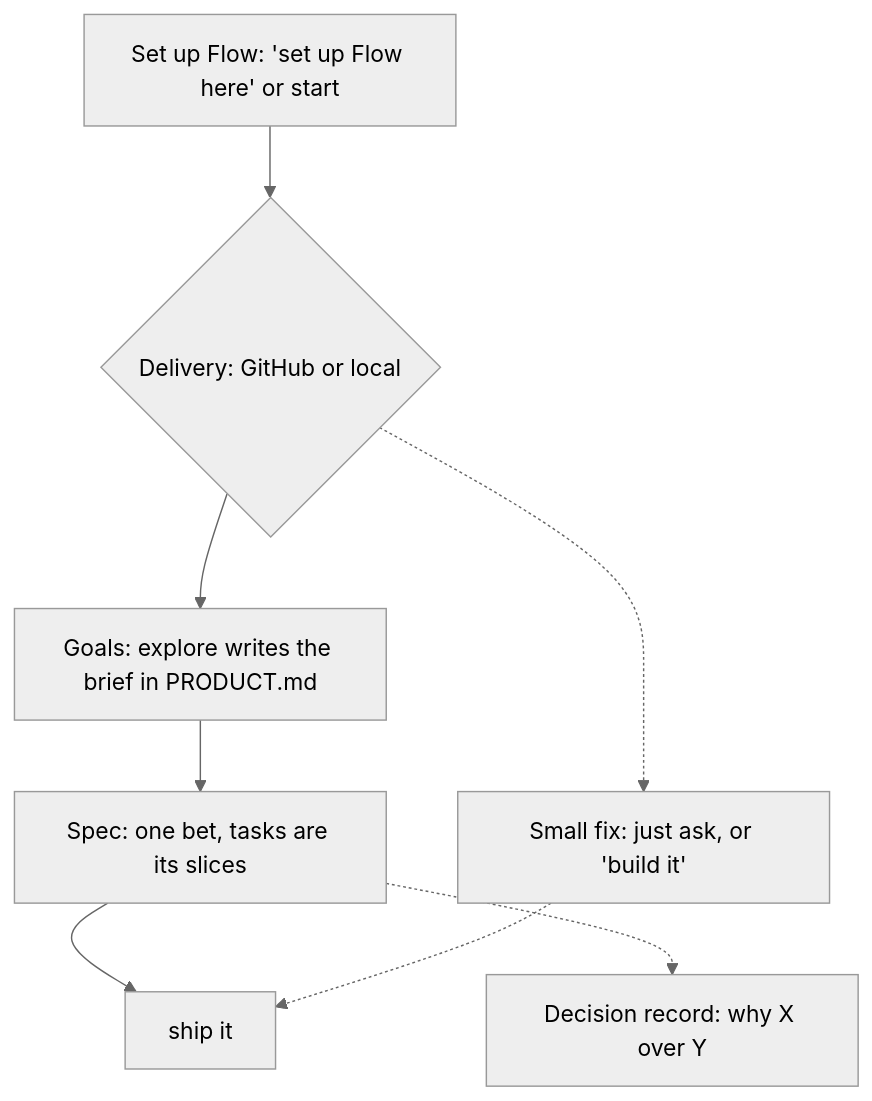
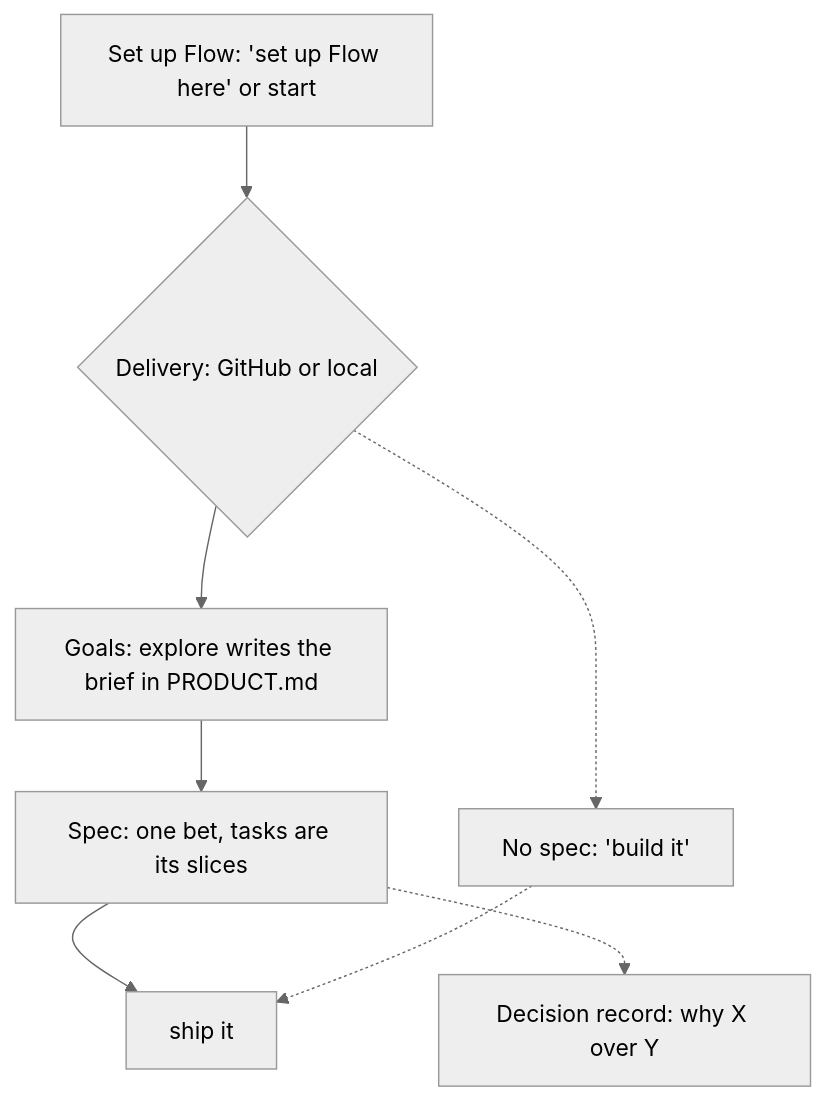
One commit to gaboesquivel/flow-skills changed the first of 2 diagrams in README.md. Above: the diagram before and after it, drawn with Mermaid (neutral theme). The commit also changed other lines of this file and 10 other files, not shown here.

First line of the commit message:
feat(build): build never requires a spec (spec 025)

````diff
--- a/README.md
+++ b/README.md
@@ -53,13 +55,13 @@
 ```mermaid
 flowchart TB
   setup["Set up Flow: 'set up Flow here' or start"]
   delivery{"Delivery: GitHub or local"}
   goals["Goals: explore writes the brief in PRODUCT.md"]
   spec["Spec: one bet, tasks are its slices"]
   decision["Decision record: why X over Y"]
   ship["ship it"]
-  direct["Small fix: just ask, or 'build it'"]
+  direct["No spec: 'build it'"]
   setup --> delivery --> goals --> spec --> ship
   spec -.-> decision
   delivery -.-> direct -.-> ship
 ```
````
